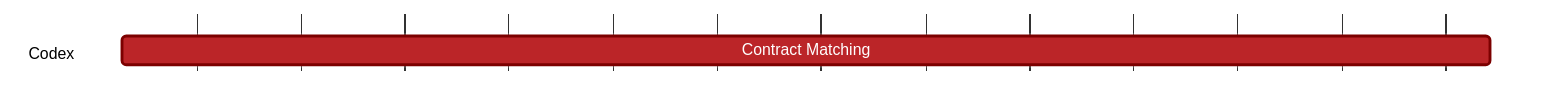
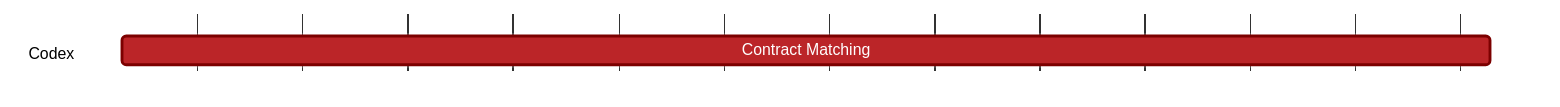
Before and after one commit to logos-co/roadmap: the diagram in content/vac/tke/g/codex/contract-matching.md, drawn with Mermaid.

````diff
--- a/content/vac/tke/g/codex/contract-matching.md
+++ b/content/vac/tke/g/codex/contract-matching.md
@@ -7,19 +7,19 @@
 ```mermaid
 %%{ 
   init: { 
     'theme': 'base', 
     'themeVariables': { 
       'primaryColor': '#BB2528', 
       'primaryTextColor': '#fff', 
       'primaryBorderColor': '#7C0000', 
       'lineColor': '#F8B229', 
       'secondaryColor': '#006100', 
       'tertiaryColor': '#fff' 
     } 
   } 
 }%%
 gantt
 	dateFormat YYYY-MM-DD
 	section Codex
-		Contract Matching :, 2024-10-01, 2025-01-01
+		Contract Matching :, 2024-10-01, 2024-12-31
 ```
````
